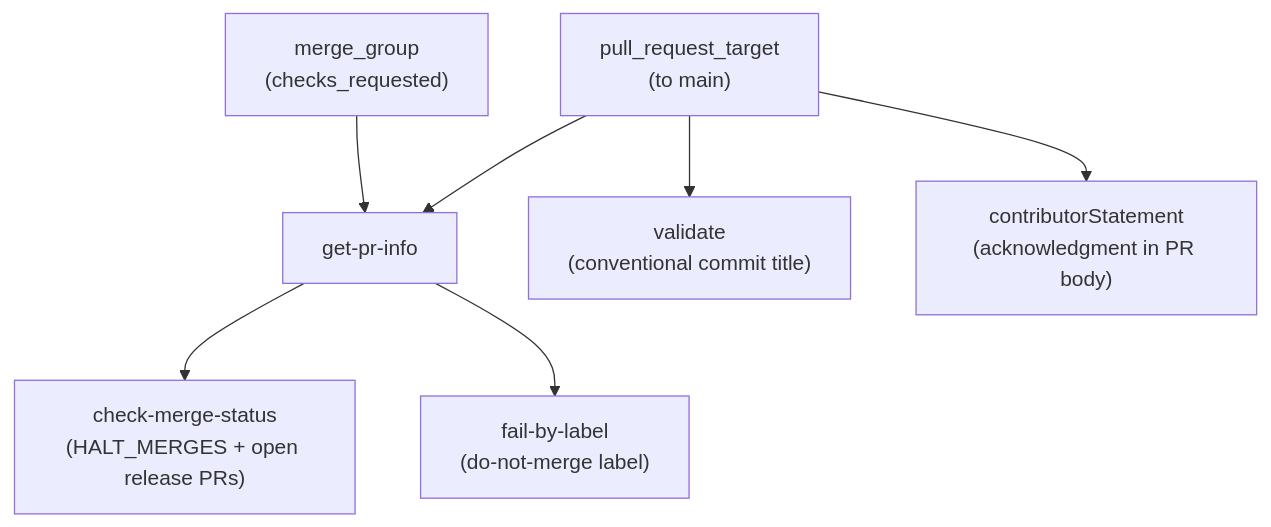
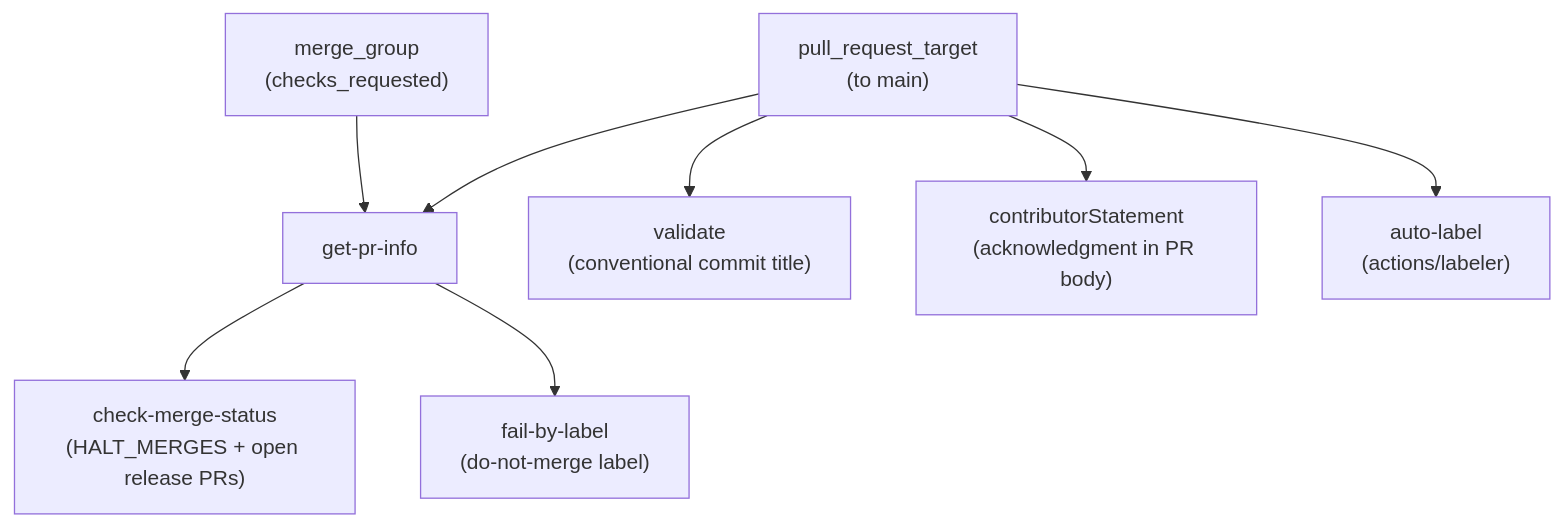
The third of 3 diagrams in docs/ADMINISTRATIVE_GUIDE.md (junsjang/aidlc-workflows), drawn with Mermaid before and after one commit. The commit also changed other lines of this file and 3 other files, not shown here.

First line of the commit message:
feat: auto-label PRs touching aidlc-rules/ with codebuild label (#158)

````diff
--- a/docs/ADMINISTRATIVE_GUIDE.md
+++ b/docs/ADMINISTRATIVE_GUIDE.md
@@ -129,10 +130,11 @@
 ```mermaid
 flowchart TD
     A["pull_request_target\n(to main)"] --> B["get-pr-info"]
     C["merge_group\n(checks_requested)"] --> B
 
     B --> D["check-merge-status\n(HALT_MERGES + open release PRs)"]
     B --> E["fail-by-label\n(do-not-merge label)"]
     A --> F["validate\n(conventional commit title)"]
     A --> G["contributorStatement\n(acknowledgment in PR body)"]
+    A --> H["auto-label\n(actions/labeler)"]
 ```
````
